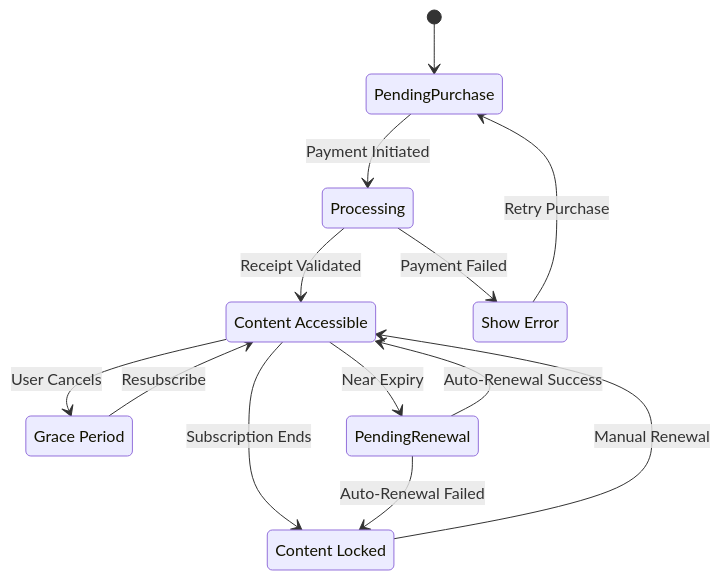
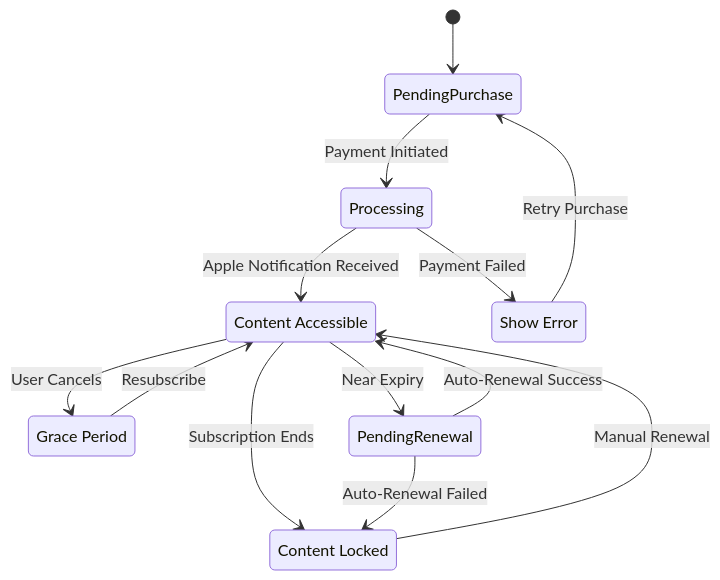
One commit to tnstoyanov/applePayInAppBt changed the third of 10 diagrams in architecture/flow-diagrams.md. Above: the diagram before and after it, drawn with Mermaid. The commit also changed other lines of this file and 5 other files, not shown here.

````diff
--- a/architecture/flow-diagrams.md
+++ b/architecture/flow-diagrams.md
@@ -92,20 +92,20 @@
 ```mermaid
 stateDiagram-v2
     [*] --> PendingPurchase
     PendingPurchase --> Processing: Payment Initiated
-    Processing --> Active: Receipt Validated
+    Processing --> Active: Apple Notification Received
     Processing --> Failed: Payment Failed
     Active --> Expired: Subscription Ends
     Active --> Cancelled: User Cancels
     Active --> PendingRenewal: Near Expiry
     PendingRenewal --> Active: Auto-Renewal Success
     PendingRenewal --> Expired: Auto-Renewal Failed
     Expired --> Active: Manual Renewal
     Cancelled --> Active: Resubscribe
     Failed --> PendingPurchase: Retry Purchase
     
     Active: Content Accessible
     Expired: Content Locked
     Cancelled: Grace Period
     Failed: Show Error
 ```
````
